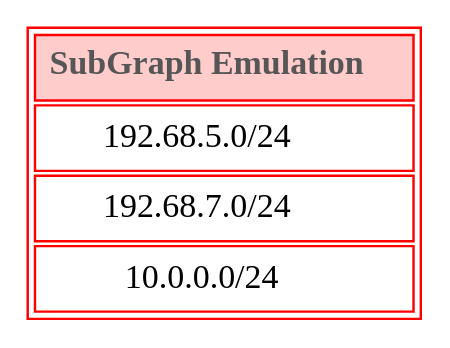
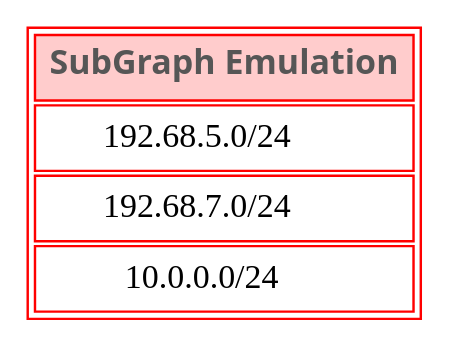
One commit to rebelinux/Diagrammer.Core changed the fourth of 4 diagrams in Docs/dev-guide/commands/Add-DiaHTMLSubGraph.md. Above: the diagram before and after it, drawn with Graphviz. The commit also changed other lines of this file and 75 other files, not shown here.

First line of the commit message:
Refactor font properties in tests and Graphviz source files

````diff
--- a/Docs/dev-guide/commands/Add-DiaHTMLSubGraph.md
+++ b/Docs/dev-guide/commands/Add-DiaHTMLSubGraph.md
@@ -86,6 +86,6 @@
         ```graphviz dot AddDiaHTMLSubGraph2_draftmode.png
             digraph g {
                 node [shape=plain];
-                a [label=<<TABLE BGColor="#ffffff" COLOR="red" border="1" cellborder="1" cellpadding="5"><TR><TD bgcolor="#FFCCCC" ALIGN="Center" colspan="1"><FONT FACE="Segoe Ui Black" Color="#565656" POINT-SIZE="14"><B>SubGraph Emulation</B></FONT></TD></TR><TR><TD align="Center" colspan="1"><FONT POINT-SIZE="14">192.68.5.0/24</FONT></TD></TR><TR><TD align="Center" colspan="1"><FONT POINT-SIZE="14">192.68.7.0/24</FONT></TD></TR><TR><TD align="Center" colspan="1"><FONT POINT-SIZE="14">10.0.0.0/24</FONT></TD></TR></TABLE>>];
+                a [label=<<TABLE BGColor="#ffffff" COLOR="red" border="1" cellborder="1" cellpadding="5"><TR><TD bgcolor="#FFCCCC" ALIGN="Center" colspan="1"><FONT FACE="Segoe Ui" Color="#565656" POINT-SIZE="14"><B>SubGraph Emulation</B></FONT></TD></TR><TR><TD align="Center" colspan="1"><FONT POINT-SIZE="14">192.68.5.0/24</FONT></TD></TR><TR><TD align="Center" colspan="1"><FONT POINT-SIZE="14">192.68.7.0/24</FONT></TD></TR><TR><TD align="Center" colspan="1"><FONT POINT-SIZE="14">10.0.0.0/24</FONT></TD></TR></TABLE>>];
             }
         ```
````
